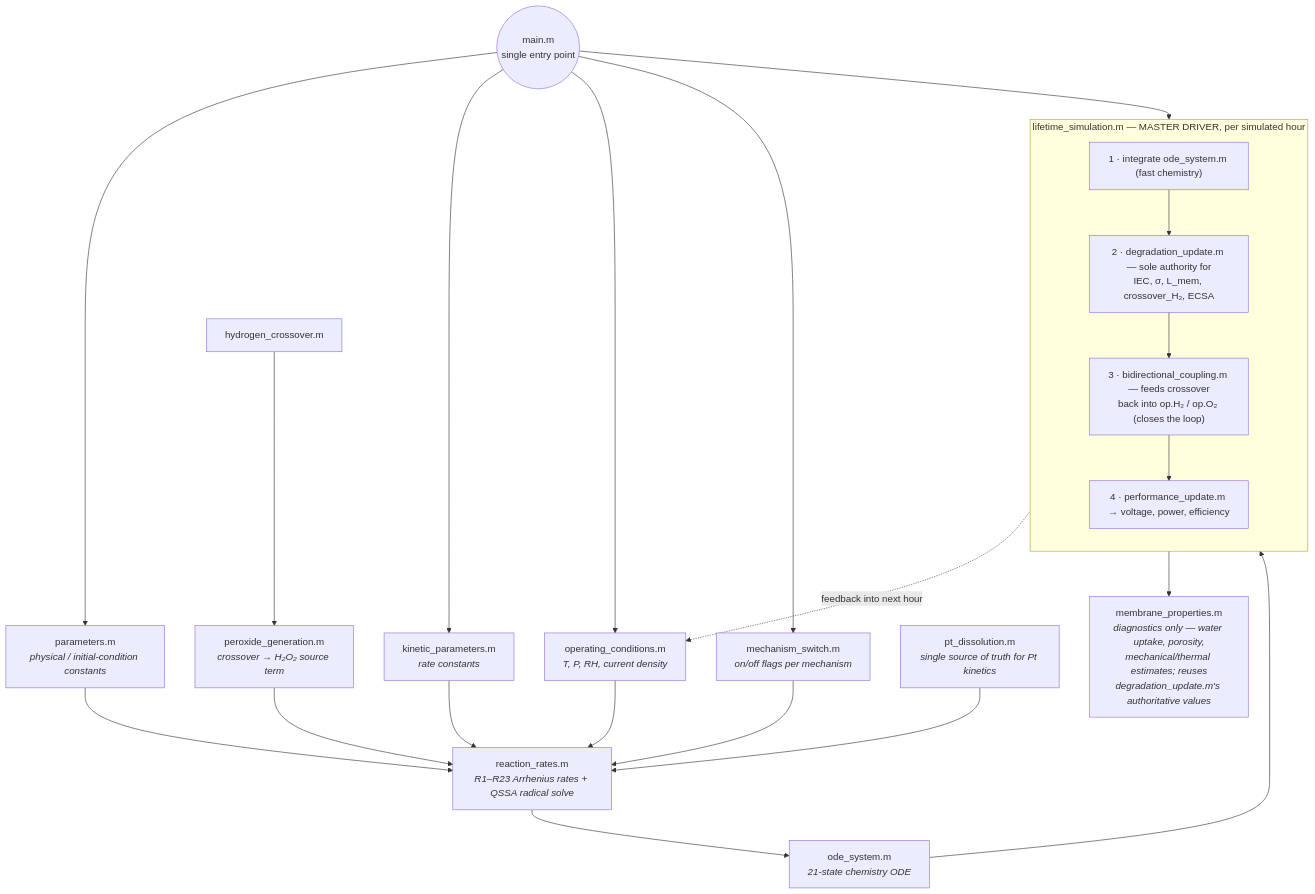
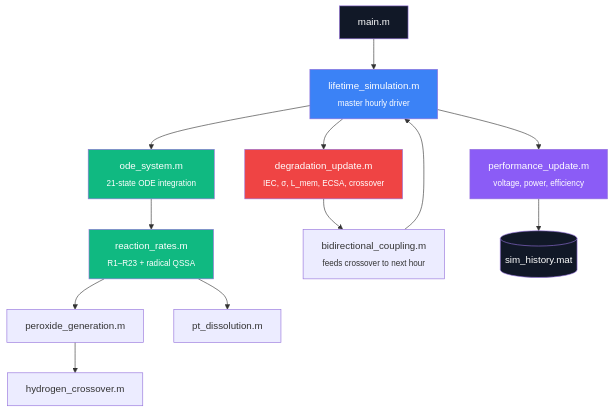
Before and after one commit to ankit-git-bit/PEMFC-Degradation-Simulator: the third of 4 diagrams in README.md, drawn with Mermaid. The commit also changed other lines of this file, not shown here.

````diff
--- a/README.md
+++ b/README.md
@@ -31,33 +353,22 @@
 ```mermaid
 flowchart TD
-    A[parameters.m<br/><i>physical / initial-condition constants</i>] --> E
-    B[kinetic_parameters.m<br/><i>rate constants</i>] --> E
-    C[operating_conditions.m<br/><i>T, P, RH, current density</i>] --> E
-    D[mechanism_switch.m<br/><i>on/off flags per mechanism</i>] --> E
+    Main["main.m"] --> Life["lifetime_simulation.m<br/><sub>master hourly driver</sub>"]
+    Life --> Solve["ode_system.m<br/><sub>21-state ODE integration</sub>"]
+    Solve --> Rates["reaction_rates.m<br/><sub>R1–R23 + radical QSSA</sub>"]
+    Rates --> Perox["peroxide_generation.m"]
+    Rates --> Pt["pt_dissolution.m"]
+    Perox --> Cross["hydrogen_crossover.m"]
+    Life --> Deg["degradation_update.m<br/><sub>IEC, σ, L_mem, ECSA, crossover</sub>"]
+    Deg --> Coupling["bidirectional_coupling.m<br/><sub>feeds crossover to next hour</sub>"]
+    Coupling --> Life
+    Life --> Perf["performance_update.m<br/><sub>voltage, power, efficiency</sub>"]
+    Perf --> Hist[("sim_history.mat")]
 
-    E[reaction_rates.m<br/><i>R1–R23 Arrhenius rates + QSSA radical solve</i>]
-    F[peroxide_generation.m<br/><i>crossover → H₂O₂ source term</i>] --> E
-    G[hydrogen_crossover.m] --> F
-    H[pt_dissolution.m<br/><i>single source of truth for Pt kinetics</i>] --> E
-
-    E --> I[ode_system.m<br/><i>21-state chemistry ODE</i>]
-    I --> J
-
-    subgraph J[lifetime_simulation.m — MASTER DRIVER, per simulated hour]
-        direction TB
-        J1["1 · integrate ode_system.m (fast chemistry)"]
-        J2["2 · degradation_update.m — sole authority for<br/>IEC, σ, L_mem, crossover_H₂, ECSA"]
-        J3["3 · bidirectional_coupling.m — feeds crossover<br/>back into op.H₂ / op.O₂ (closes the loop)"]
-        J4["4 · performance_update.m → voltage, power, efficiency"]
-        J1 --> J2 --> J3 --> J4
-    end
-
-    J3 -.->|feedback into next hour| C
-    J --> K[membrane_properties.m<br/><i>diagnostics only — water uptake, porosity,<br/>mechanical/thermal estimates; reuses<br/>degradation_update.m's authoritative values</i>]
-
-    L((main.m<br/>single entry point)) --> A
-    L --> B
-    L --> C
-    L --> D
-    L --> J
+    style Main fill:#111827,color:#fff
+    style Life fill:#3b82f6,color:#fff
+    style Solve fill:#10b981,color:#fff
+    style Rates fill:#10b981,color:#fff
+    style Deg fill:#ef4444,color:#fff
+    style Perf fill:#8b5cf6,color:#fff
+    style Hist fill:#111827,color:#fff
 ```
````
